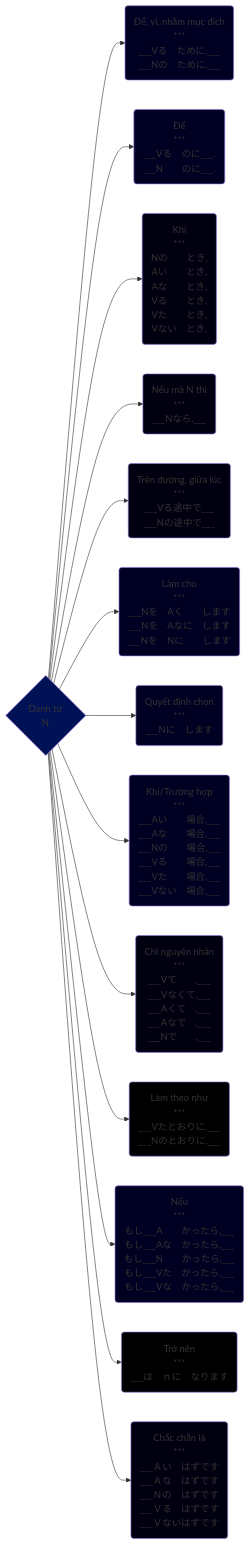
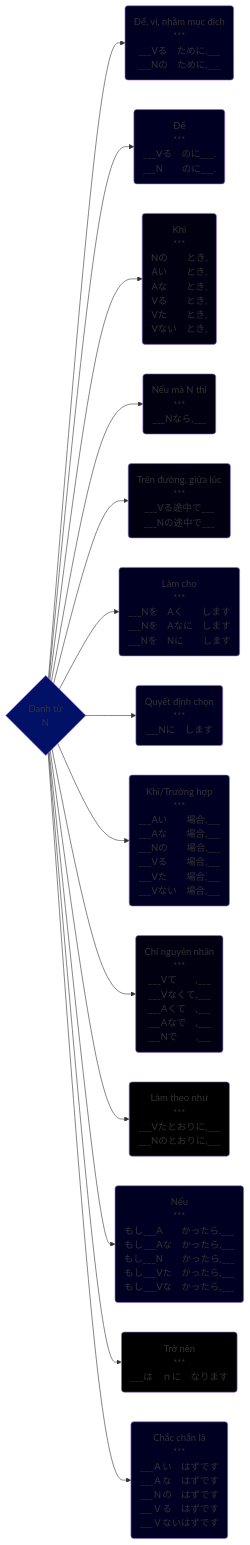
Before and after one commit to tea1504/learn: the diagram in Danh_Tu.md, drawn with Mermaid. The commit also changed 7 other files, not shown here.

````diff
--- a/Danh_Tu.md
+++ b/Danh_Tu.md
@@ -1,33 +1,33 @@
 ```mermaid
 graph LR;
     N{Danh từ\nN}
 
     N-->nhamMucDich(Để, vì, nhằm mục đích\n***\n___Vる　ために,___\n___Nの　ために,___)
     N-->de(Để\n***\n___Vる　のに___.\n___N　　のに___.)
     N-->khi(Khi\n***\nNの　　とき,\nAい　　とき,\nAな　　とき,\nVる　　とき,\nVた　　とき,\nVない　とき,)
     N-->neuMaNThi(Nếu mà N thì\n***\n___Nなら,___)
     N-->trenDuongGiuaLuc(Trên đường, giữa lúc\n***\n___Vる途中で___\n___Nの途中で___)
     N-->lamCho(Làm cho\n***\n___Nを　Aく　　します\n___Nを　Aなに　します\n___Nを　Nに　　します)
     N-->quyetDinhChon(Quyết định chọn\n***\n___Nに　します)
     N-->truongHop(Khi/Trường hợp\n***\n___Aい　　場合,___\n___Aな　　場合,___\n___Nの　　場合,___\n___Vる　　場合,___\n___Vた　　場合,___\n___Vない　場合,___)
     N-->chiNguyenNhan(Chỉ nguyên nhân\n***\n___Vて　　,___\n___Vなくて,___\n___Aくて　,___\n___Aなで　,___\n___Nで　　,___)
     N-->lamTheoNhu(Làm theo như\n***\n___Vたとおりに,___\n___Nのとおりに,___)
     N-->neu(Nếu\n***\nもし___A　　かったら,___\nもし___Aな　かったら,___\nもし___N　　かったら,___\nもし___Vた　かったら,___\nもし___Vな　かったら,___)
     N-->troNen(Trở nên\n***\n___は　ｎに　なります)
     N-->chacChanLa(Chắc chắn là\n***\n___Ａい　はずです\n___Ａな　はずです\n___Ｎの　はずです\n___Ｖる　はずです\n___Ｖないはずです)
 
-    style N fill:#015
-    style chacChanLa fill:#001
+    style N fill:#016
+    style chacChanLa fill:#002
     style chiNguyenNhan fill:#001
     style de fill:#002
     style khi fill:#001
     style lamCho fill:#002
     style lamTheoNhu fill:#000
     style neu fill:#002
     style neuMaNThi fill:#001
     style nhamMucDich fill:#002
     style quyetDinhChon fill:#002
     style trenDuongGiuaLuc fill:#001
     style troNen fill:#000
     style truongHop fill:#002
 ```
````
